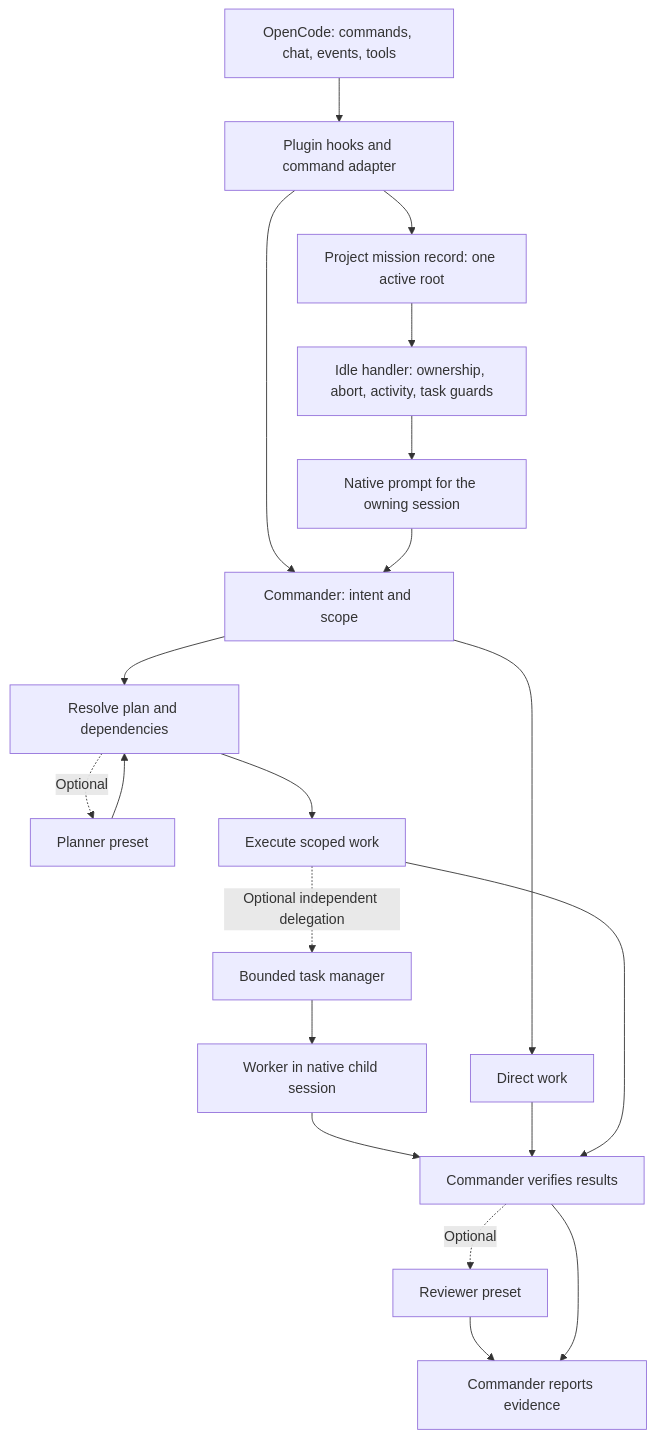
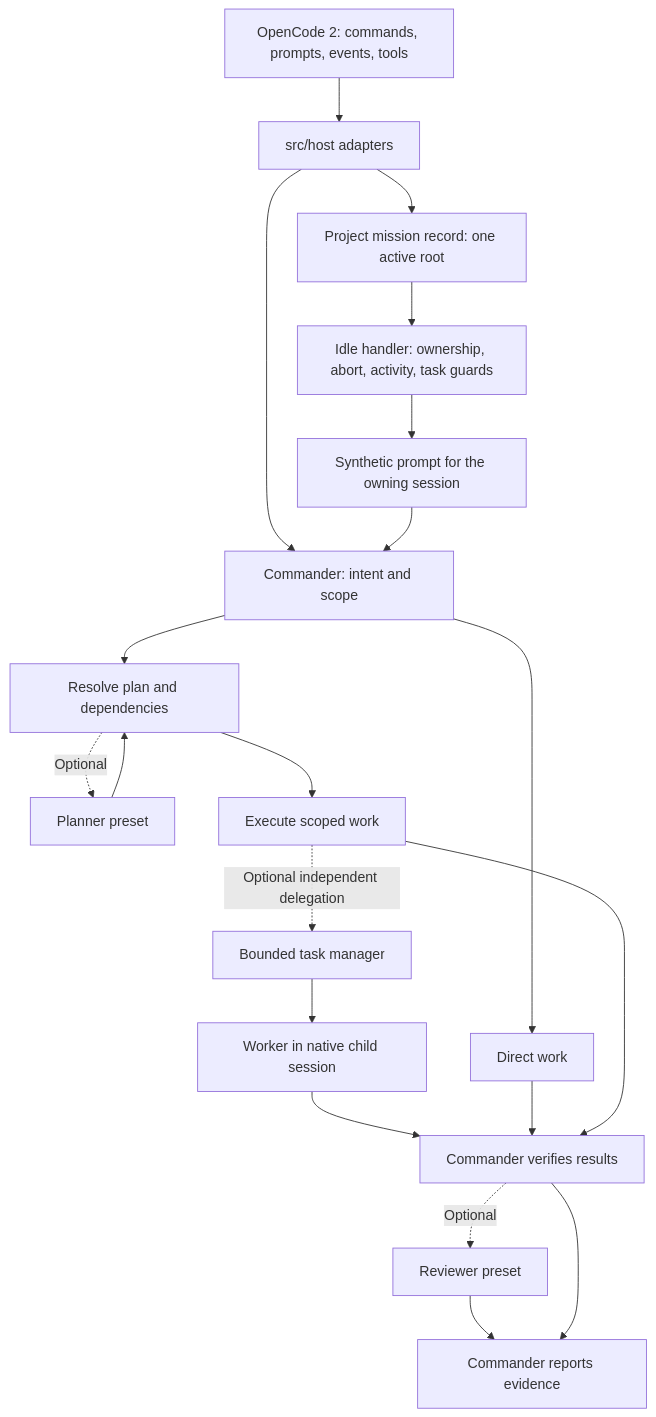
One commit to agnusdei1207/opencode-orchestrator changed the diagram in docs/SYSTEM_ARCHITECTURE.md. Above: the diagram before and after it, drawn with Mermaid. The commit also changed other lines of this file and 8 other files, not shown here.

Commit message:
docs: record OpenCode 2 only and the minimal core (ADR-0028)

````diff
--- a/docs/SYSTEM_ARCHITECTURE.md
+++ b/docs/SYSTEM_ARCHITECTURE.md
@@ -36,22 +48,22 @@
 ```mermaid
 flowchart TD
-    H[OpenCode: commands, chat, events, tools] --> I[Plugin hooks and command adapter]
+    H[OpenCode 2: commands, prompts, events, tools] --> I[src/host adapters]
     I --> C[Commander: intent and scope]
     C --> D[Direct work]
     C --> P[Resolve plan and dependencies]
     P -. Optional .-> PL[Planner preset]
     PL --> P
     P --> E[Execute scoped work]
     E -. Optional independent delegation .-> T[Bounded task manager]
     T --> W[Worker in native child session]
     W --> V[Commander verifies results]
     D --> V
     E --> V
     V -. Optional .-> R[Reviewer preset]
     R --> F[Commander reports evidence]
     V --> F
     I --> M[Project mission record: one active root]
     M --> G[Idle handler: ownership, abort, activity, task guards]
-    G --> N[Native prompt for the owning session]
+    G --> N[Synthetic prompt for the owning session]
     N --> C
 ```
````
